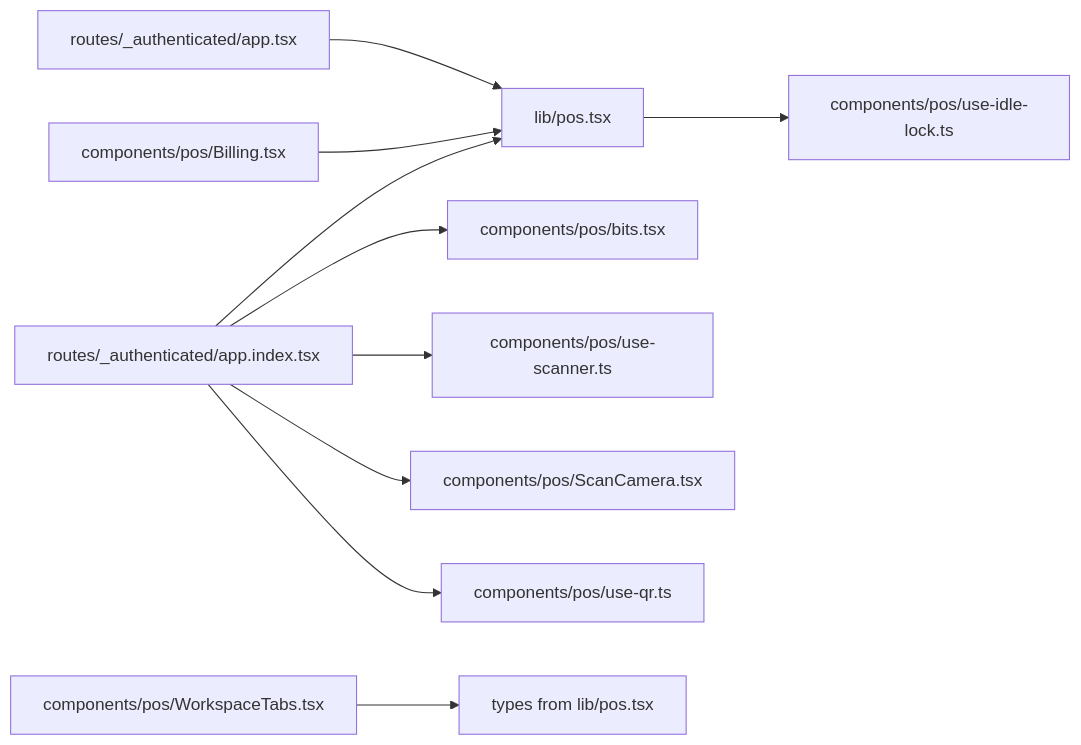
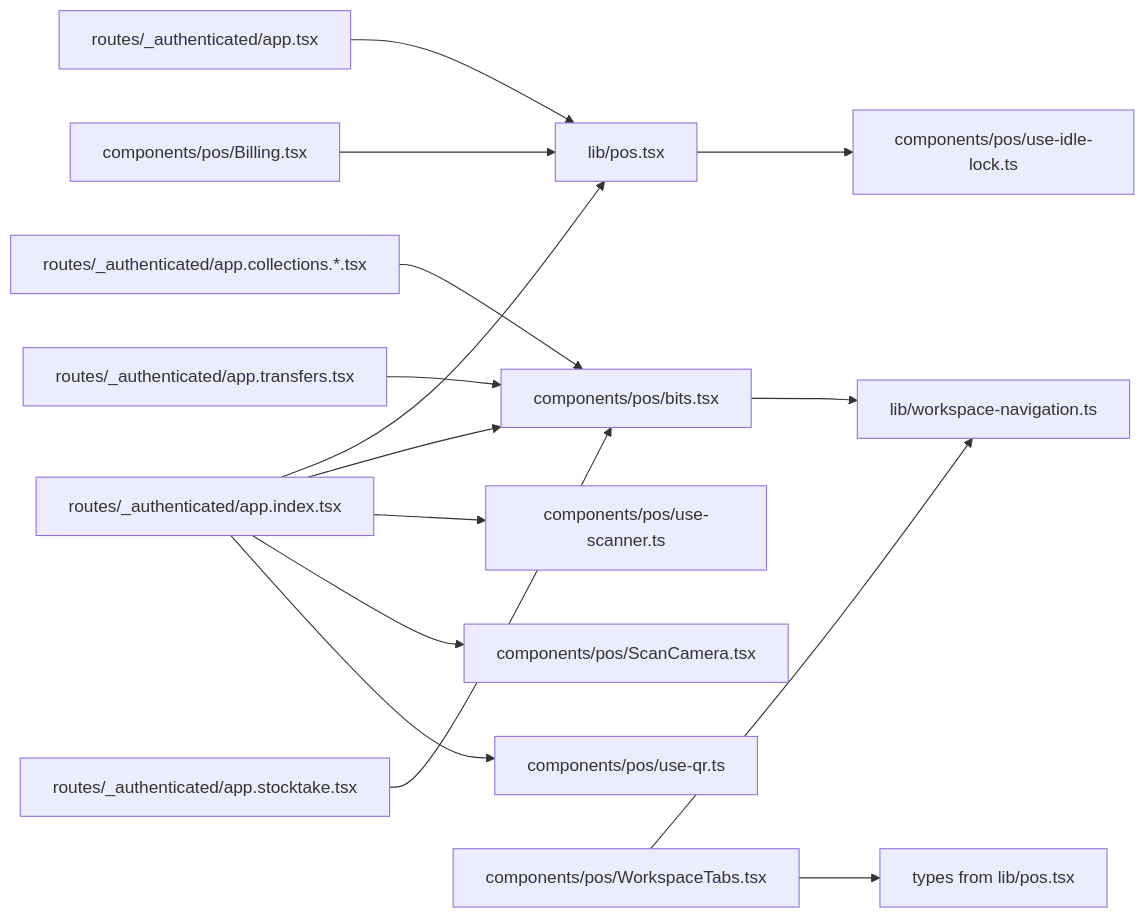
Diagram 12 of 12 in .qoder/repowiki/en/content/Architecture Overview/Component Architecture & Organization/Component Composition & Patterns.md (themclloyd/storq), drawn with Mermaid before and after one commit. The commit also changed other lines of this file and 45 other files, not shown here.

First line of the commit message:
feat(database): enhance POS schema with security and retail operations

````diff
--- a/.qoder/repowiki/en/content/Architecture Overview/Component Architecture & Organization/Component Composition & Patterns.md
+++ b/.qoder/repowiki/en/content/Architecture Overview/Component Architecture & Organization/Component Composition & Patterns.md
@@ -367,12 +497,17 @@
 ```mermaid
 graph LR
 AppRoute["routes/_authenticated/app.tsx"] --> PosProvider["lib/pos.tsx"]
 RegisterRoute["routes/_authenticated/app.index.tsx"] --> PosProvider
 RegisterRoute --> Bits["components/pos/bits.tsx"]
 RegisterRoute --> ScannerWedge["components/pos/use-scanner.ts"]
 RegisterRoute --> ScanCamera["components/pos/ScanCamera.tsx"]
 RegisterRoute --> QrHook["components/pos/use-qr.ts"]
+CollectionsRoute["routes/_authenticated/app.collections.*.tsx"] --> Bits
+TransfersRoute["routes/_authenticated/app.transfers.tsx"] --> Bits
+StocktakeRoute["routes/_authenticated/app.stocktake.tsx"] --> Bits
+Bits --> WorkspaceNav["lib/workspace-navigation.ts"]
+WorkspaceTabs["components/pos/WorkspaceTabs.tsx"] --> WorkspaceNav
+WorkspaceTabs --> PosTypes["types from lib/pos.tsx"]
 Billing["components/pos/Billing.tsx"] --> PosProvider
-WorkspaceTabs["components/pos/WorkspaceTabs.tsx"] --> PosTypes["types from lib/pos.tsx"]
 PosProvider --> IdleLock["components/pos/use-idle-lock.ts"]
 ```
````
